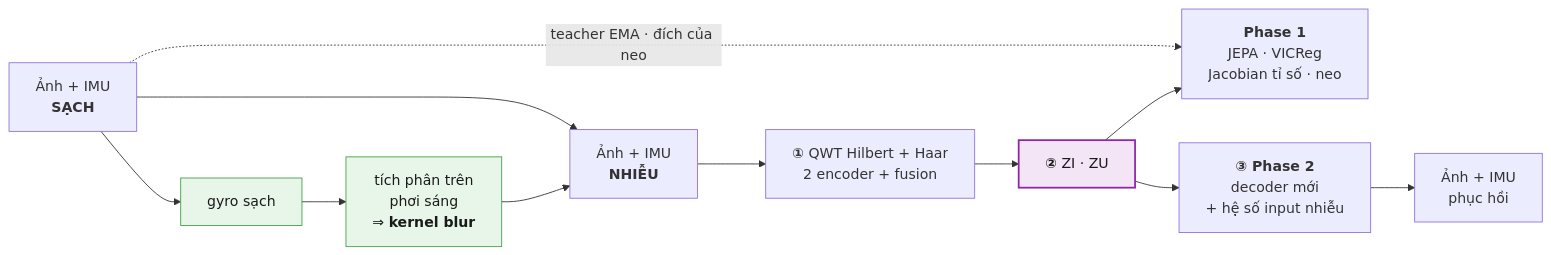
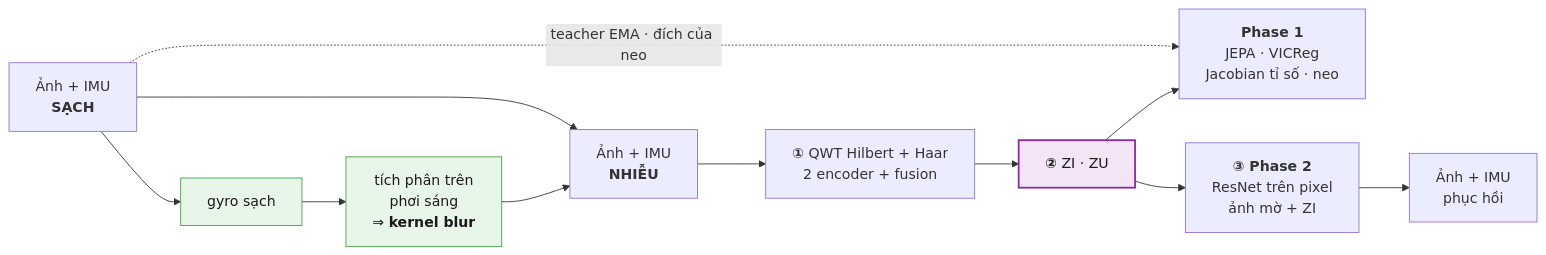
Before and after one commit to leesanghyoek/qwt_jepa_ver3: the first of 4 diagrams in README.md, drawn with Mermaid. The commit also changed other lines of this file and 11 other files, not shown here.

````diff
--- a/README.md
+++ b/README.md
@@ -112,21 +154,21 @@
 ```mermaid
 flowchart LR
     CL["Ảnh + IMU<br/><b>SẠCH</b>"]
     GY["gyro sạch"]
     KER["tích phân trên<br/>phơi sáng<br/>⇒ <b>kernel blur</b>"]
     NZ["Ảnh + IMU<br/><b>NHIỄU</b>"]
     BB["<b>①</b> QWT Hilbert + Haar<br/>2 encoder + fusion"]
     Z["<b>②</b> ZI · ZU"]
     L1["<b>Phase 1</b><br/>JEPA · VICReg<br/>Jacobian tỉ số · neo"]
-    D["<b>③ Phase 2</b><br/>decoder mới<br/>+ hệ số input nhiễu"]
+    D["<b>③ Phase 2</b><br/>ResNet trên pixel<br/>ảnh mờ + ZI"]
     R["Ảnh + IMU<br/>phục hồi"]
     CL --> GY --> KER --> NZ --> BB --> Z
     CL --> NZ
     Z --> L1
     Z --> D --> R
     CL -. "teacher EMA · đích của neo" .-> L1
     classDef d fill:#e8f5e9,stroke:#43a047,color:#1a1a1a
     classDef l fill:#f3e5f5,stroke:#8e24aa,stroke-width:2px,color:#1a1a1a
     class GY,KER d
     class Z l
 ```
````
